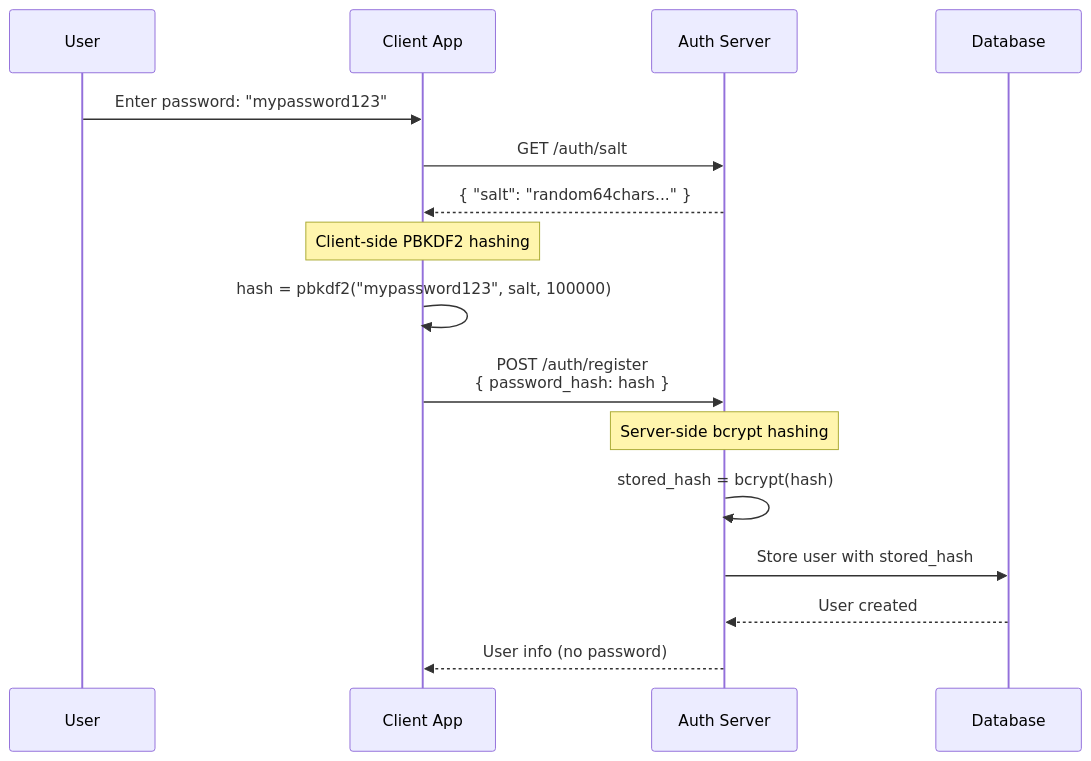
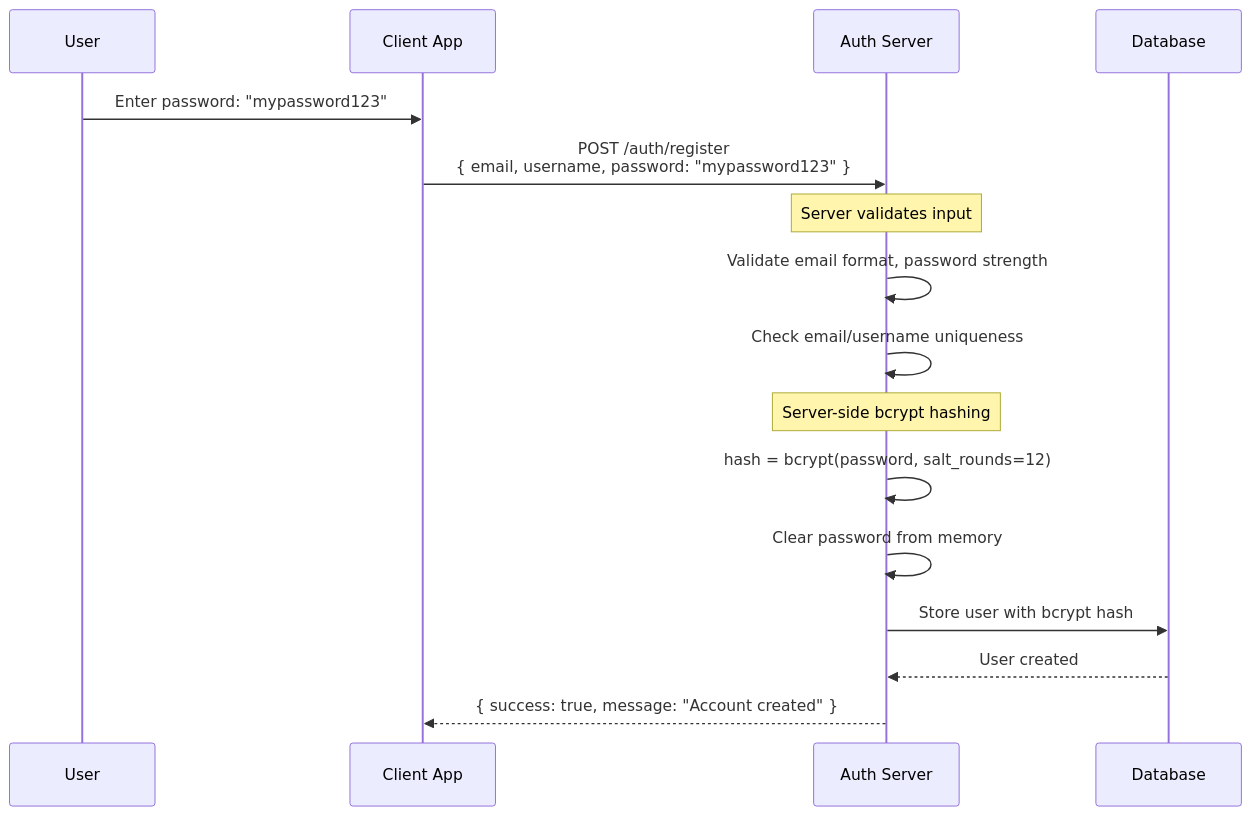
One commit to sudhan-m/munshi changed the second of 7 diagrams in src/auth_service/README.md. Above: the diagram before and after it, drawn with Mermaid. The commit also changed other lines of this file and 13 other files, not shown here.

First line of the commit message:
Add HTTPS reverse proxy and update authentication flow

````diff
--- a/src/auth_service/README.md
+++ b/src/auth_service/README.md
@@ -83,24 +92,24 @@
 ```mermaid
 sequenceDiagram
     participant User as User
     participant Client as Client App
     participant Server as Auth Server
     participant DB as Database
     
     User->>Client: Enter password: "mypassword123"
-    Client->>Server: GET /auth/salt
-    Server-->>Client: { "salt": "random64chars..." }
     
-    Note over Client: Client-side PBKDF2 hashing
-    Client->>Client: hash = pbkdf2("mypassword123", salt, 100000)
+    Client->>Server: POST /auth/register<br/>{ email, username, password: "mypassword123" }
     
-    Client->>Server: POST /auth/register<br/>{ password_hash: hash }
+    Note over Server: Server validates input
+    Server->>Server: Validate email format, password strength
+    Server->>Server: Check email/username uniqueness
     
     Note over Server: Server-side bcrypt hashing
-    Server->>Server: stored_hash = bcrypt(hash)
-    Server->>DB: Store user with stored_hash
+    Server->>Server: hash = bcrypt(password, salt_rounds=12)
+    Server->>Server: Clear password from memory
+    Server->>DB: Store user with bcrypt hash
     
     DB-->>Server: User created
-    Server-->>Client: User info (no password)
+    Server-->>Client: { success: true, message: "Account created" }
     
 ```
````
